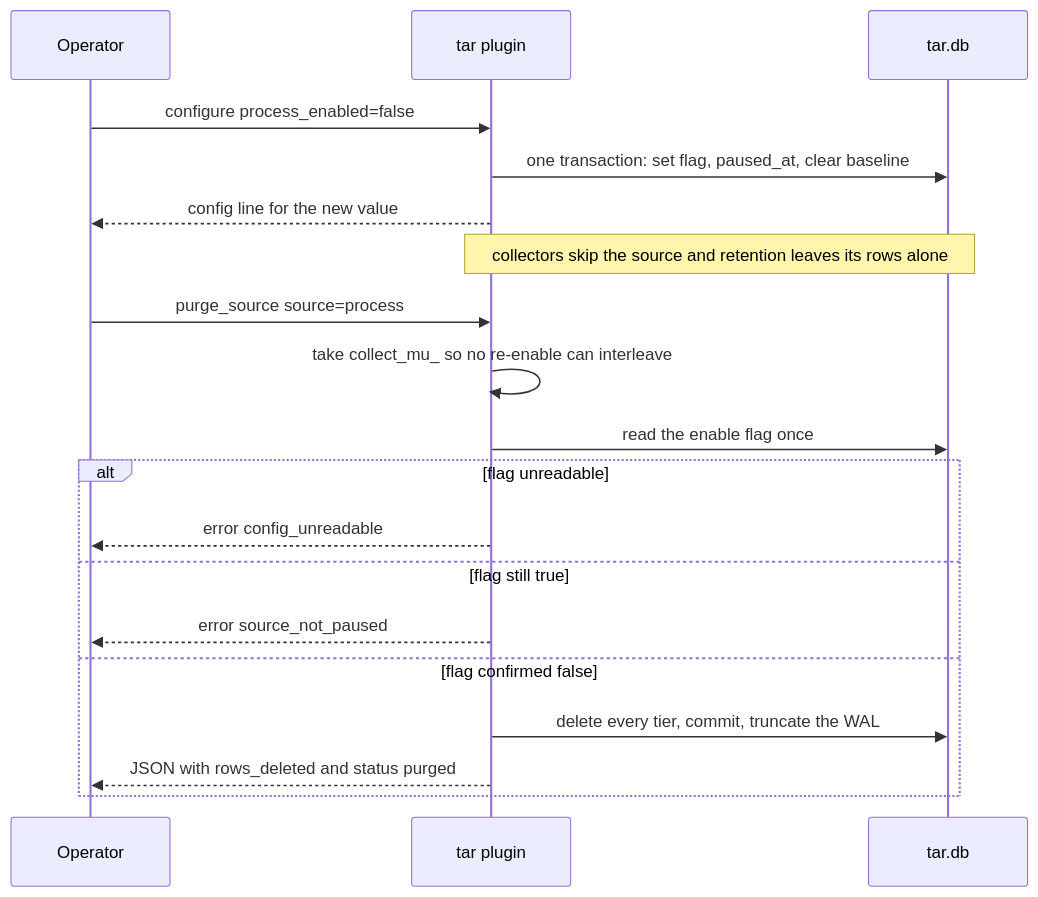
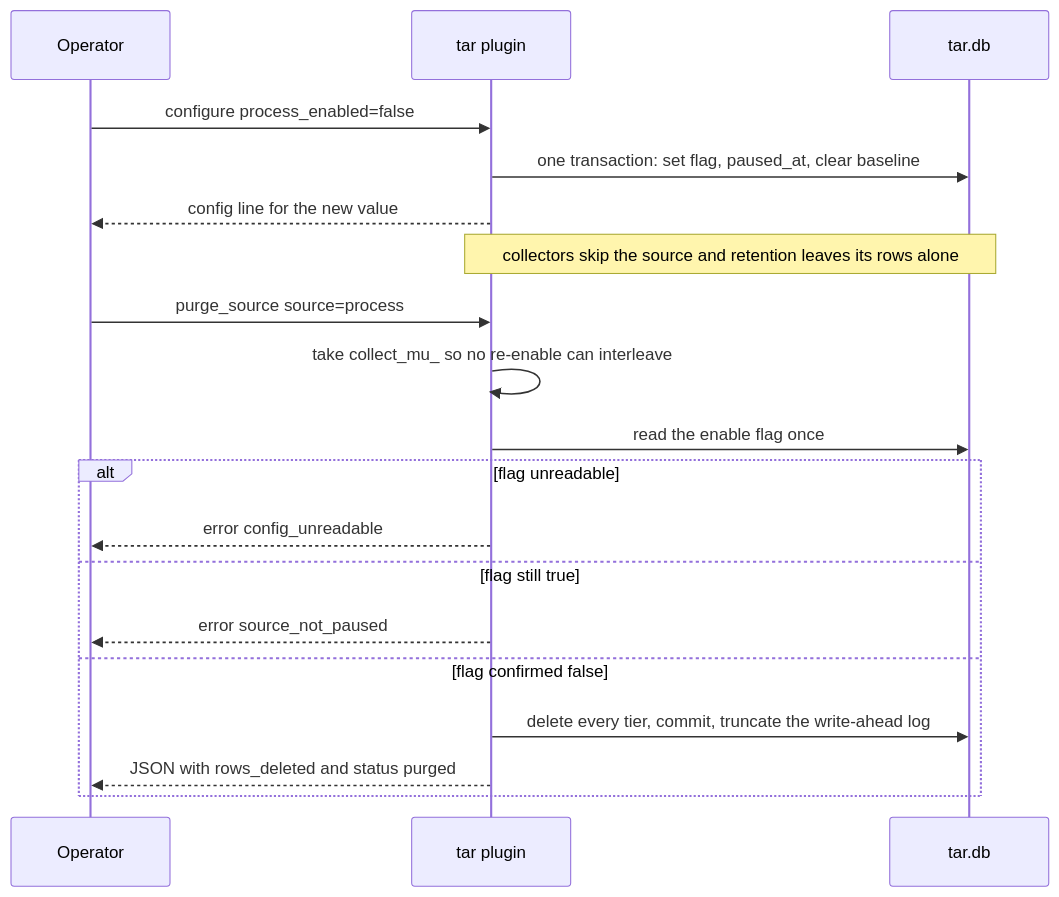
The third of 4 diagrams in agents/plugins/tar/README.md (DevNullLtd/Yuzu), drawn with Mermaid before and after one commit. The commit also changed other lines of this file and 69 other files, not shown here.

````diff
--- a/agents/plugins/tar/README.md
+++ b/agents/plugins/tar/README.md
@@ -175,21 +179,21 @@
 ```mermaid
 sequenceDiagram
   participant Op as Operator
   participant P as tar plugin
   participant DB as tar.db
   Op->>P: configure process_enabled=false
   P->>DB: one transaction: set flag, paused_at, clear baseline
   P-->>Op: config line for the new value
   Note over P,DB: collectors skip the source and retention leaves its rows alone
   Op->>P: purge_source source=process
   P->>P: take collect_mu_ so no re-enable can interleave
   P->>DB: read the enable flag once
   alt flag unreadable
     P-->>Op: error config_unreadable
   else flag still true
     P-->>Op: error source_not_paused
   else flag confirmed false
-    P->>DB: delete every tier, commit, truncate the WAL
+    P->>DB: delete every tier, commit, truncate the write-ahead log
     P-->>Op: JSON with rows_deleted and status purged
   end
 ```
````
